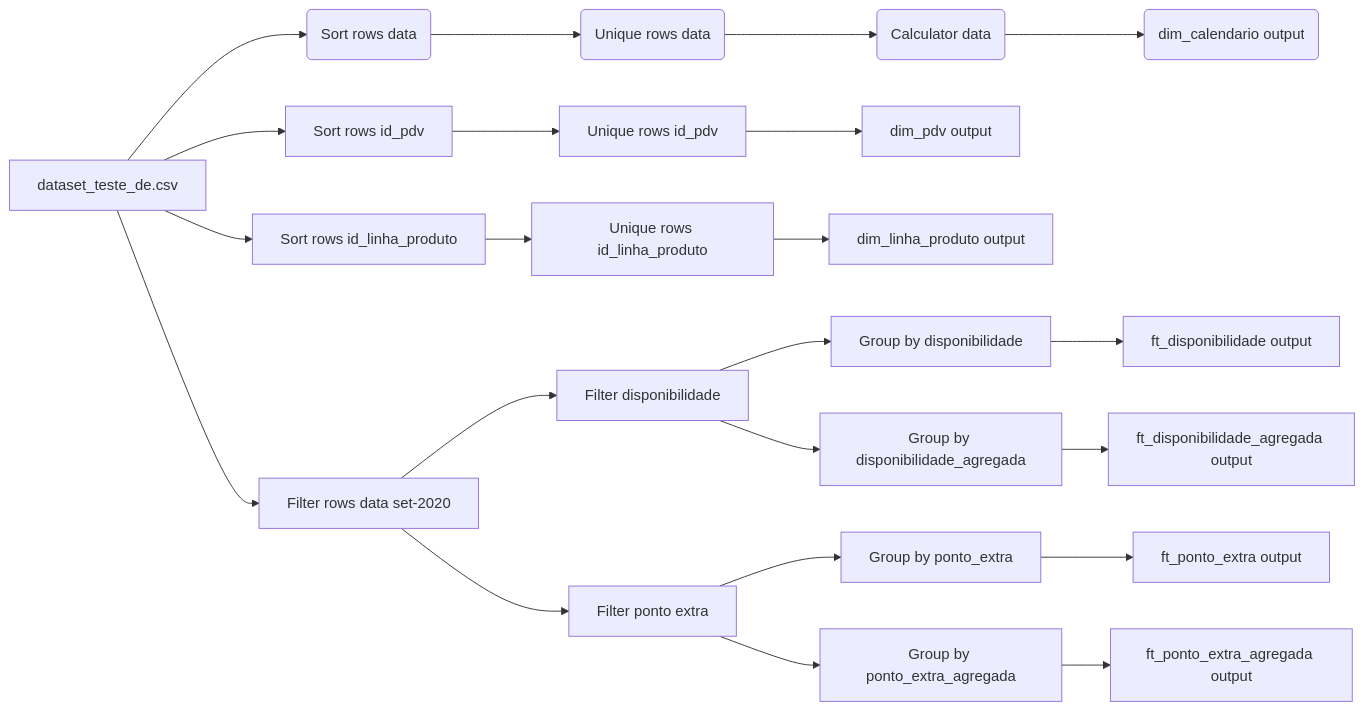
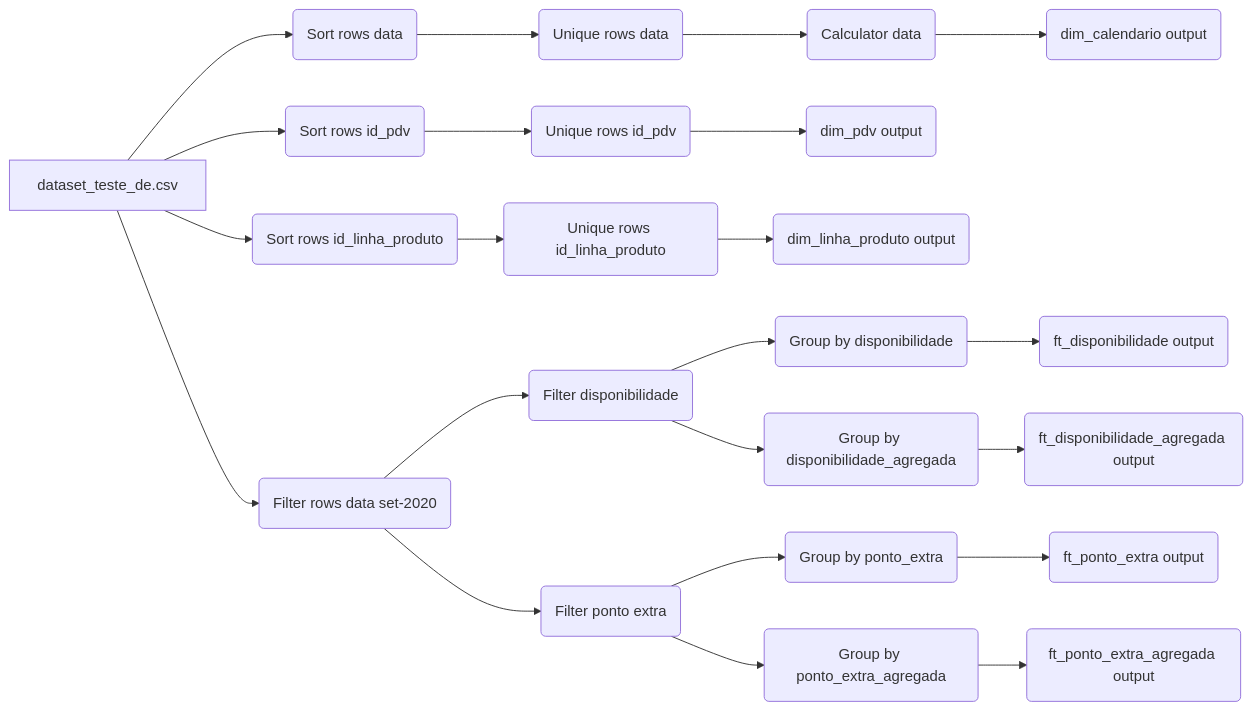
One commit to nicolas-sds/pipeline_etl changed the diagram in README.md. Above: the diagram before and after it, drawn with Mermaid.

Commit message:
Update README.md
alteração no gráfico do fluxo

````diff
--- a/README.md
+++ b/README.md
@@ -26,32 +26,32 @@
 ```mermaid
 graph LR
 A[dataset_teste_de.csv]
 
 A --> B(Sort rows data)
 B --> C(Unique rows data)
 C --> D(Calculator data)
 D --> E(dim_calendario output)
 
-A --> F[Sort rows id_pdv]
-F --> G[Unique rows id_pdv]
-G --> H[dim_pdv output]
+A --> F(Sort rows id_pdv)
+F --> G(Unique rows id_pdv)
+G --> H(dim_pdv output)
 
-A --> F2[Sort rows id_linha_produto]
-F2 --> G2[Unique rows id_linha_produto]
-G2 --> H2[dim_linha_produto output]
+A --> F2(Sort rows id_linha_produto)
+F2 --> G2(Unique rows id_linha_produto)
+G2 --> H2(dim_linha_produto output)
 
-A --> L[Filter rows data set-2020]
-L --> M[Filter disponibilidade]
-M --> N[Group by disponibilidade]
-N --> O[ft_disponibilidade output]
+A --> L(Filter rows data set-2020)
+L --> M(Filter disponibilidade)
+M --> N(Group by disponibilidade)
+N --> O(ft_disponibilidade output)
 
-M --> P[Group by disponibilidade_agregada]
-P --> Q[ft_disponibilidade_agregada output]
+M --> P(Group by disponibilidade_agregada)
+P --> Q(ft_disponibilidade_agregada output)
 
-L --> R[Filter ponto extra]
-R --> S[Group by ponto_extra]
-S --> T[ft_ponto_extra output]
+L --> R(Filter ponto extra)
+R --> S(Group by ponto_extra)
+S --> T(ft_ponto_extra output)
 
-R --> U[Group by ponto_extra_agregada]
-U --> V[ft_ponto_extra_agregada output]
+R --> U(Group by ponto_extra_agregada)
+U --> V(ft_ponto_extra_agregada output)
 ```
````
